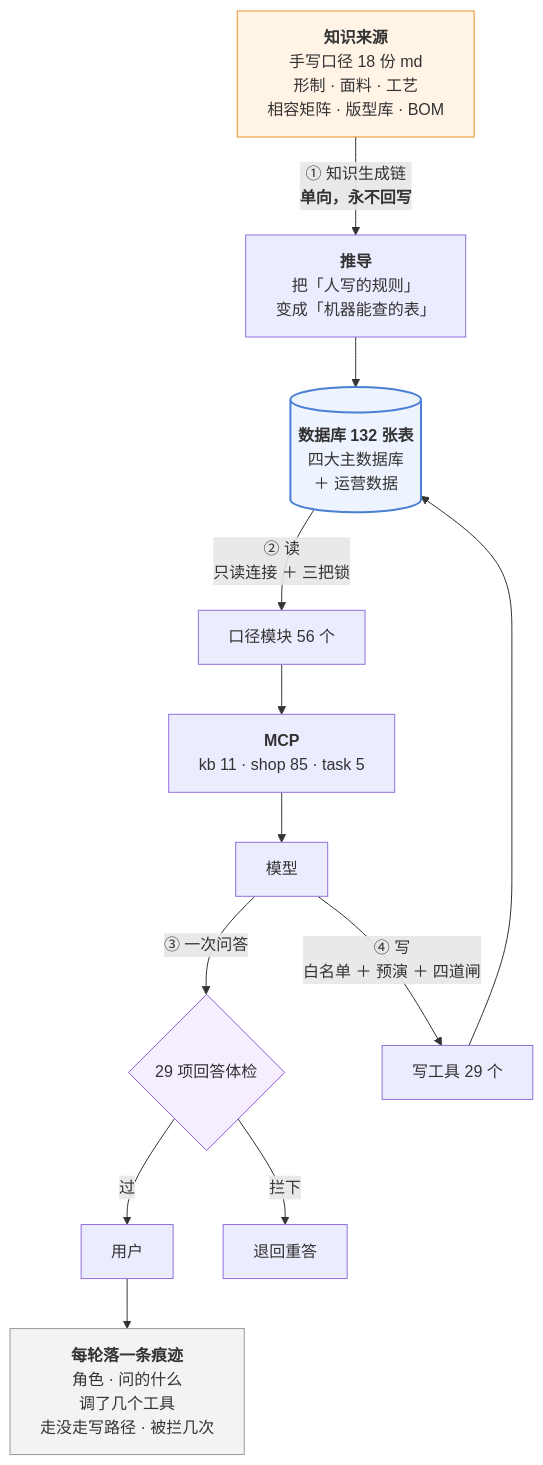
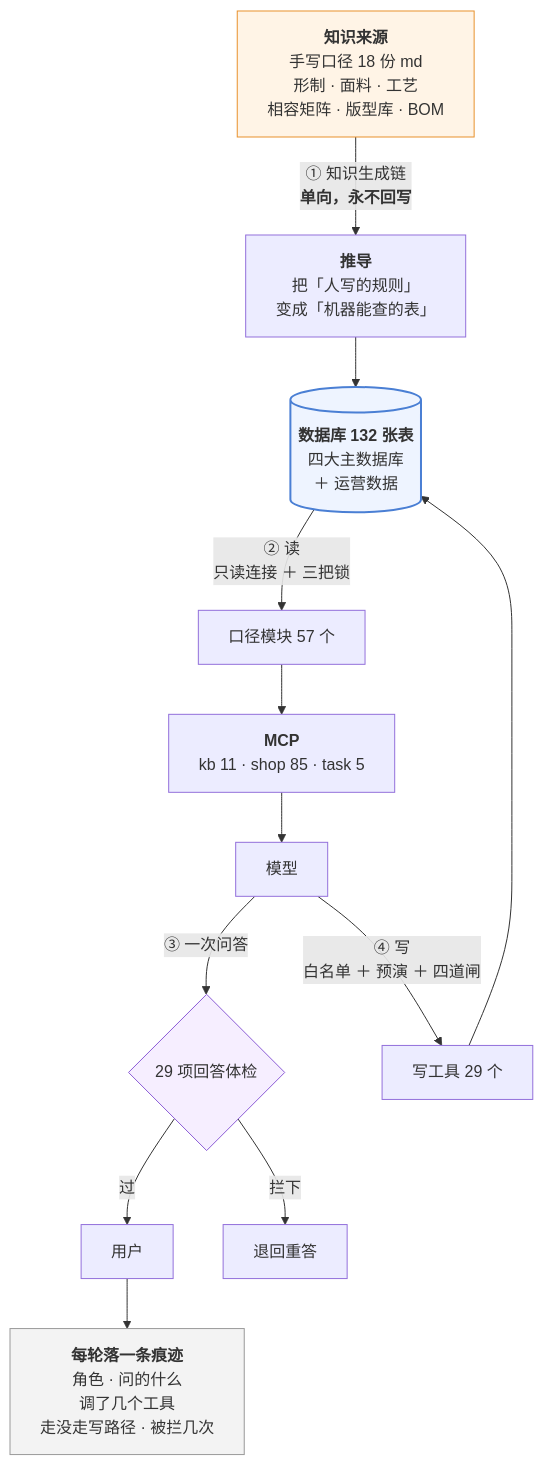
The third of 3 diagrams in 澜绣云裳agent-产品说明.md (843773296-rgb/lanxiu-yunshang-agent), drawn with Mermaid before and after one commit. The commit also changed other lines of this file and 15 other files, not shown here.

````diff
--- a/澜绣云裳agent-产品说明.md
+++ b/澜绣云裳agent-产品说明.md
@@ -1046,24 +1046,24 @@
 ```mermaid
 flowchart TD
     MD["<b>知识来源</b><br/>手写口径 18 份 md<br/>形制 · 面料 · 工艺<br/>相容矩阵 · 版型库 · BOM"]
     MD -->|"① 知识生成链<br/><b>单向，永不回写</b>"| DV["<b>推导</b><br/>把「人写的规则」<br/>变成「机器能查的表」"]
     DV --> DB[("<b>数据库 132 张表</b><br/>四大主数据库<br/>＋ 运营数据")]
 
-    DB -->|"② 读<br/>只读连接 ＋ 三把锁"| KJ["口径模块 56 个"]
+    DB -->|"② 读<br/>只读连接 ＋ 三把锁"| KJ["口径模块 57 个"]
     KJ --> MCP["<b>MCP</b><br/>kb 11 · shop 85 · task 5"]
     MCP --> LLM["模型"]
 
     LLM -->|"③ 一次问答"| GD{"29 项回答体检"}
     GD -- 过 --> U["用户"]
     GD -- 拦下 --> RE["退回重答"]
 
     LLM -->|"④ 写<br/>白名单 ＋ 预演 ＋ 四道闸"| W["写工具 29 个"]
     W --> DB
 
     U --> TR["<b>每轮落一条痕迹</b><br/>角色 · 问的什么<br/>调了几个工具<br/>走没走写路径 · 被拦几次"]
 
     style MD fill:#fff4e6,stroke:#e8912d
     style DB fill:#eef4ff,stroke:#4a7fd4,stroke-width:2px
     style GD fill:#f6eeff,stroke:#8b5cd6
     style TR fill:#f3f3f3,stroke:#999
 ```
````
